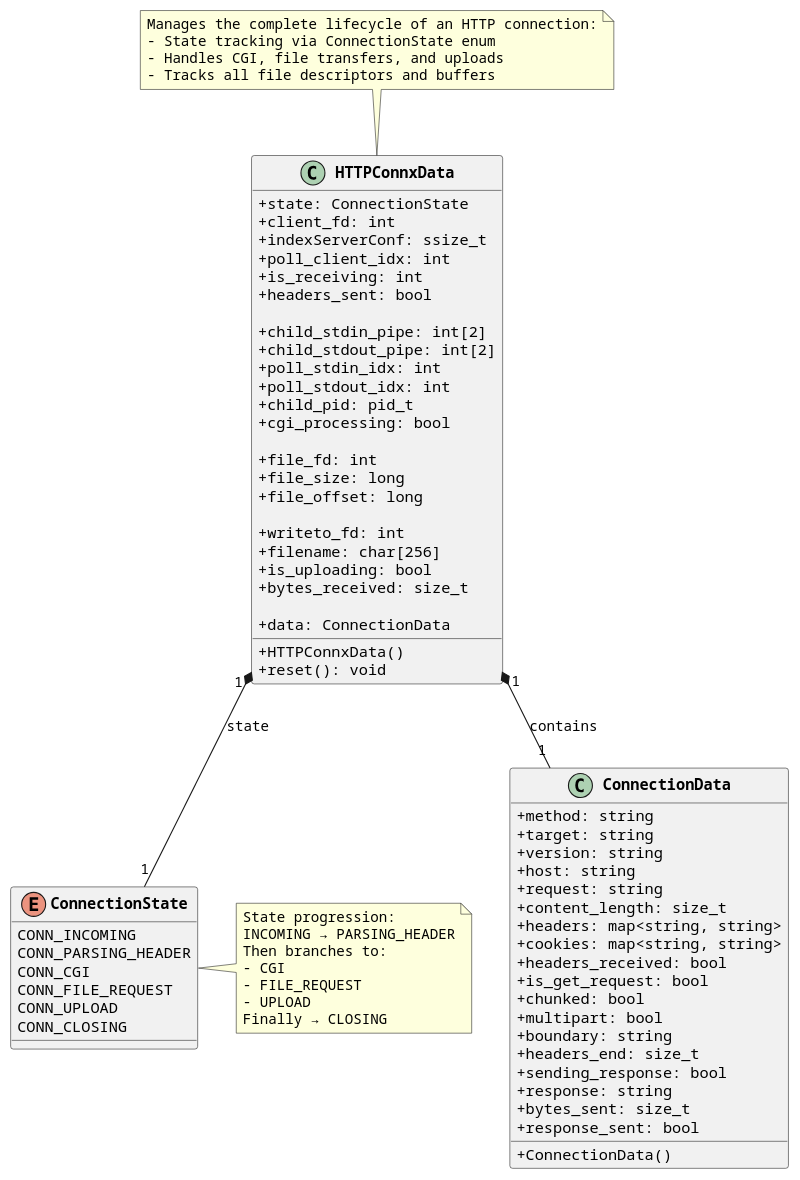
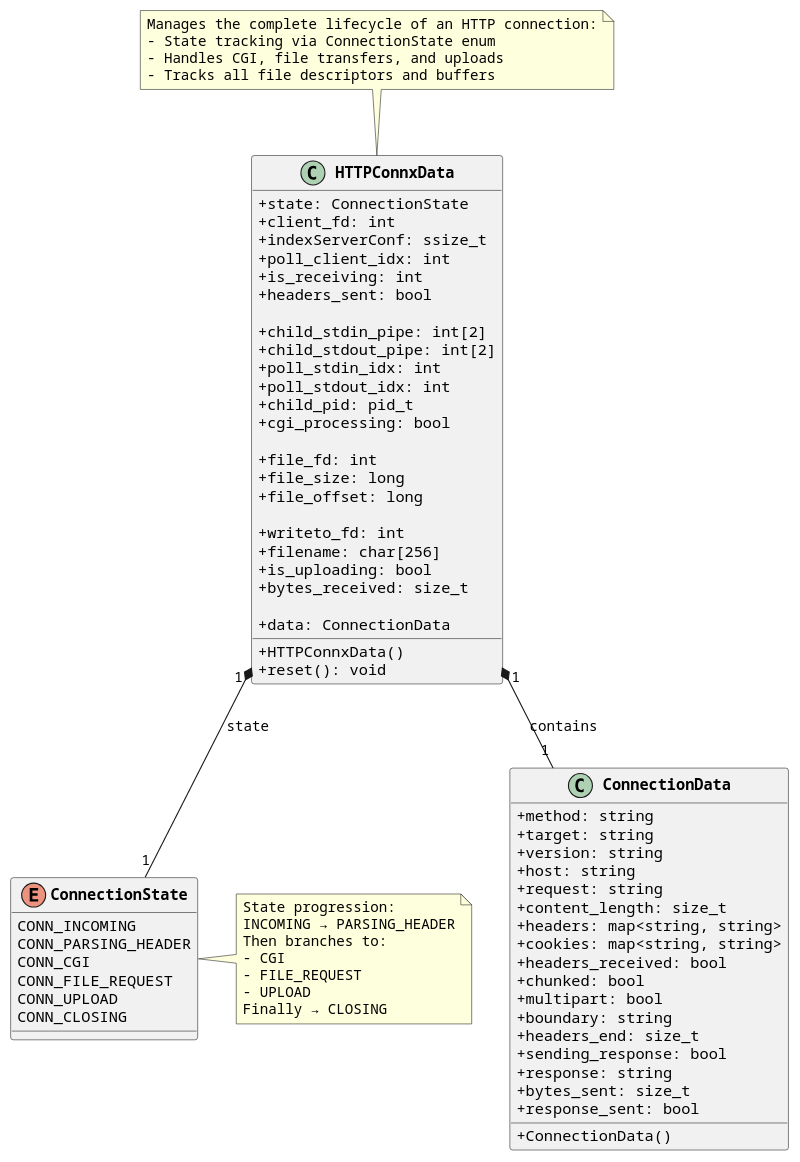
Before and after one commit to multitudes/httpwebserver: the second of 2 diagrams in docs/plantUMLCode.md, drawn with PlantUML. The commit also changed 12 other files, not shown here.

```diff
--- a/docs/plantUMLCode.md
+++ b/docs/plantUMLCode.md
@@ -103,7 +103,6 @@
     + headers: map<string, string>
     + cookies: map<string, string>
     + headers_received: bool
-    + is_get_request: bool
     + chunked: bool
     + multipart: bool
     + boundary: string
```
